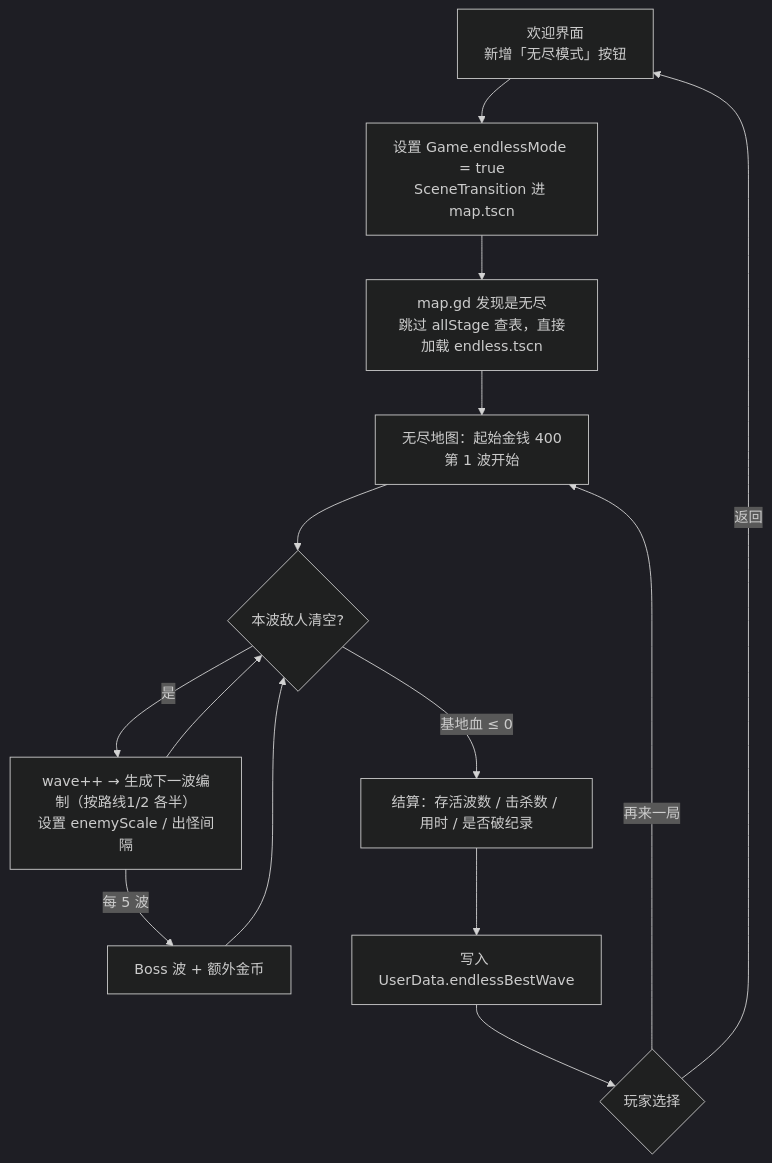
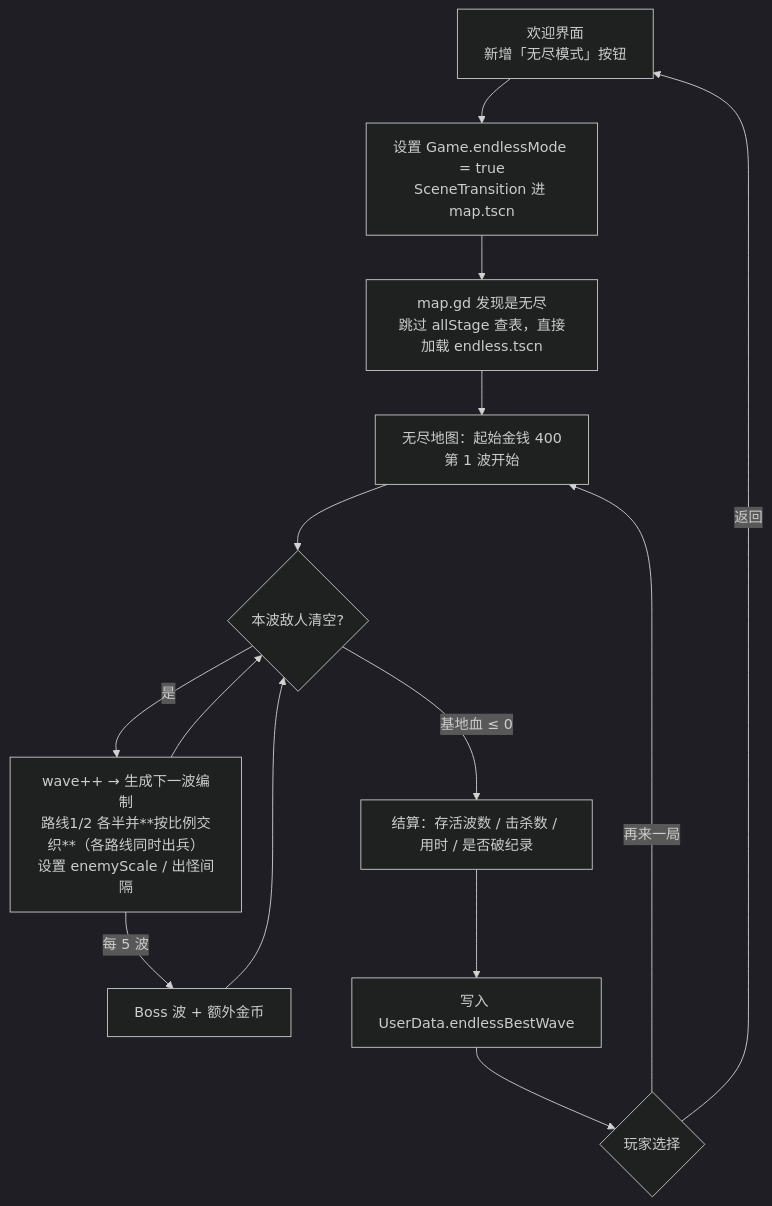
One commit to absolve/machine-TD changed the diagram in endless_mode_design.md. Above: the diagram before and after it, drawn with Mermaid (dark theme). The commit also changed other lines of this file and 14 other files, not shown here.

````diff
--- a/endless_mode_design.md
+++ b/endless_mode_design.md
@@ -228,16 +231,16 @@
 ```mermaid
 flowchart TD
     A[欢迎界面<br/>新增「无尽模式」按钮] --> B[设置 Game.endlessMode = true<br/>SceneTransition 进 map.tscn]
     B --> C[map.gd 发现是无尽<br/>跳过 allStage 查表，直接加载 endless.tscn]
     C --> D[无尽地图：起始金钱 400<br/>第 1 波开始]
     D --> E{本波敌人清空?}
-    E -->|是| F[wave++ → 生成下一波编制（按路线1/2 各半）<br/>设置 enemyScale / 出怪间隔]
+    E -->|是| F[wave++ → 生成下一波编制<br/>路线1/2 各半并**按比例交织**（各路线同时出兵）<br/>设置 enemyScale / 出怪间隔]
     F -->|每 5 波| G[Boss 波 + 额外金币]
     G --> E
     F --> E
     E -->|基地血 ≤ 0| H[结算：存活波数 / 击杀数 / 用时 / 是否破纪录]
     H --> I[写入 UserData.endlessBestWave]
     I --> J{玩家选择}
     J -->|再来一局| D
     J -->|返回| A
 ```
````
